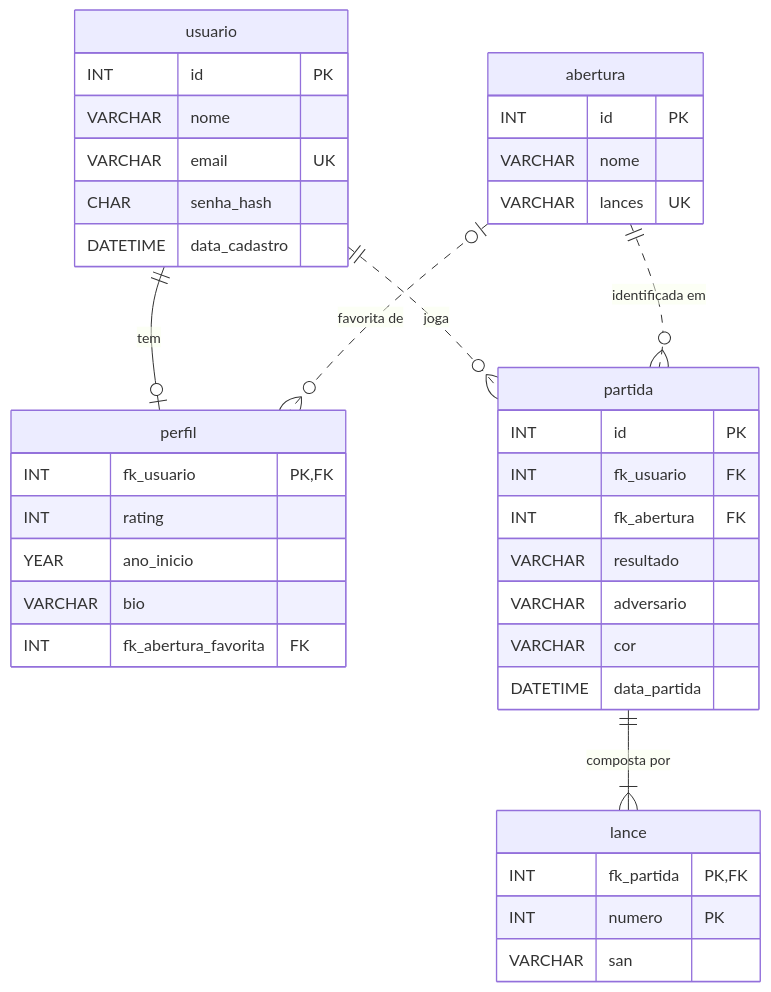
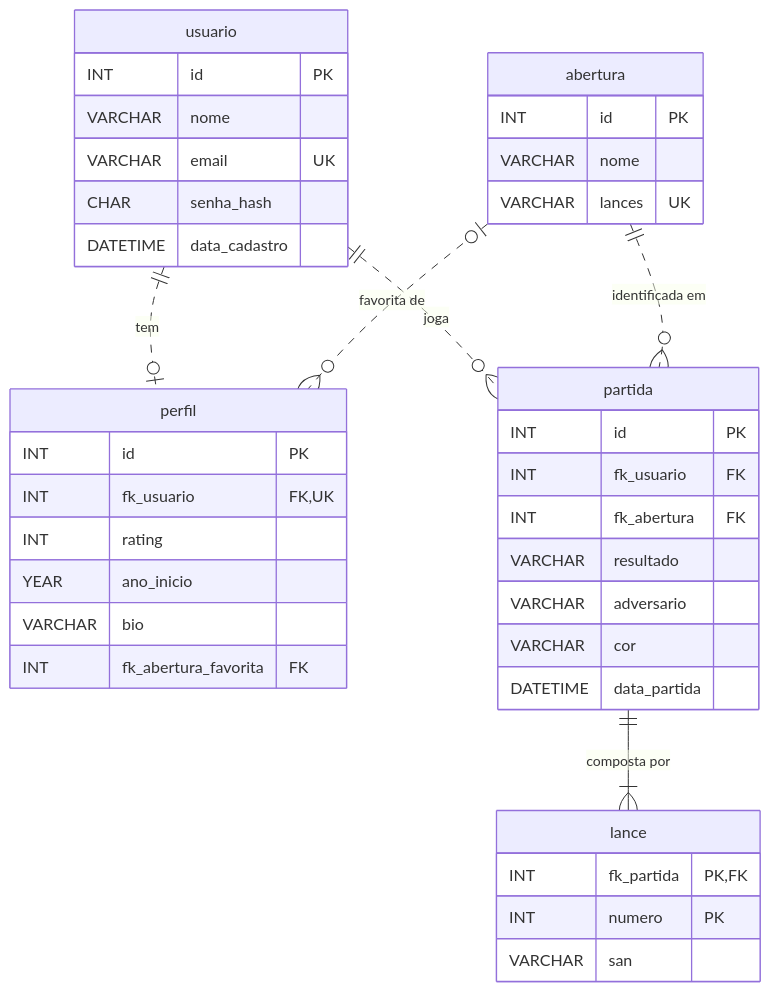
The diagram in .docs/03-database.md (igor-fuchs01/chess-life), drawn with Mermaid before and after one commit. The commit also changed other lines of this file and 1 other file, not shown here.

````diff
--- a/.docs/03-database.md
+++ b/.docs/03-database.md
@@ -47,42 +47,43 @@
 ```mermaid
 erDiagram
-    usuario ||--o| perfil : "tem"
+    usuario ||..o| perfil : "tem"
     abertura |o..o{ perfil : "favorita de"
     usuario ||..o{ partida : "joga"
     abertura ||..o{ partida : "identificada em"
     partida ||--|{ lance : "composta por"
 
     usuario {
         INT id PK
         VARCHAR nome
         VARCHAR email UK
         CHAR senha_hash
         DATETIME data_cadastro
     }
     perfil {
-        INT fk_usuario PK, FK
+        INT id PK
+        INT fk_usuario FK, UK
         INT rating
         YEAR ano_inicio
         VARCHAR bio
         INT fk_abertura_favorita FK
     }
     abertura {
         INT id PK
         VARCHAR nome
         VARCHAR lances UK
     }
     partida {
         INT id PK
         INT fk_usuario FK
         INT fk_abertura FK
         VARCHAR resultado
         VARCHAR adversario
         VARCHAR cor
         DATETIME data_partida
     }
     lance {
         INT fk_partida PK, FK
         INT numero PK
         VARCHAR san
     }
 ```
````
